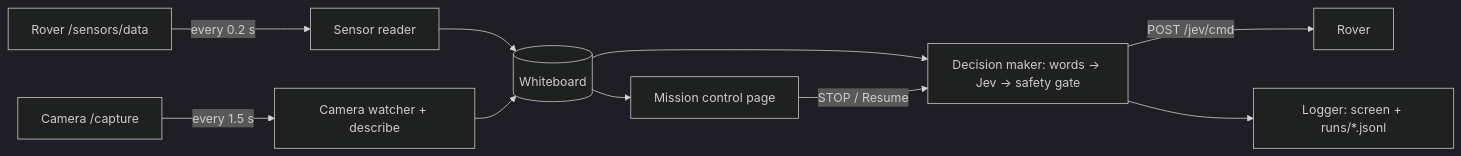
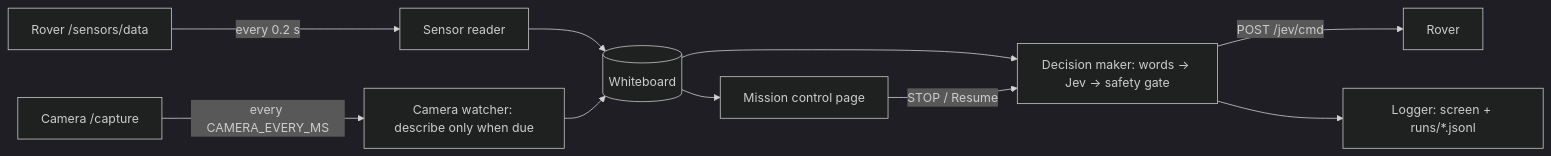
The diagram in docs/EARTH_STATION.md (Hammad-Sheikhh/mars-rover), drawn with Mermaid (dark theme) before and after one commit. The commit also changed other lines of this file and 5 other files, not shown here.

````diff
--- a/docs/EARTH_STATION.md
+++ b/docs/EARTH_STATION.md
@@ -180,12 +187,12 @@
 ```mermaid
 flowchart LR
   R["Rover /sensors/data"] -->|every 0.2 s| SR["Sensor reader"]
-  C["Camera /capture"] -->|every 1.5 s| CW["Camera watcher + describe"]
+  C["Camera /capture"] -->|"every CAMERA_EVERY_MS"| CW["Camera watcher: describe only when due"]
   SR --> WB[("Whiteboard")]
   CW --> WB
   WB --> DM["Decision maker: words -> Jev -> safety gate"]
   DM -->|"POST /jev/cmd"| R2["Rover"]
   DM --> LG["Logger: screen + runs/*.jsonl"]
   WB --> MC["Mission control page"]
   MC -->|STOP / Resume| DM
 ```
````
